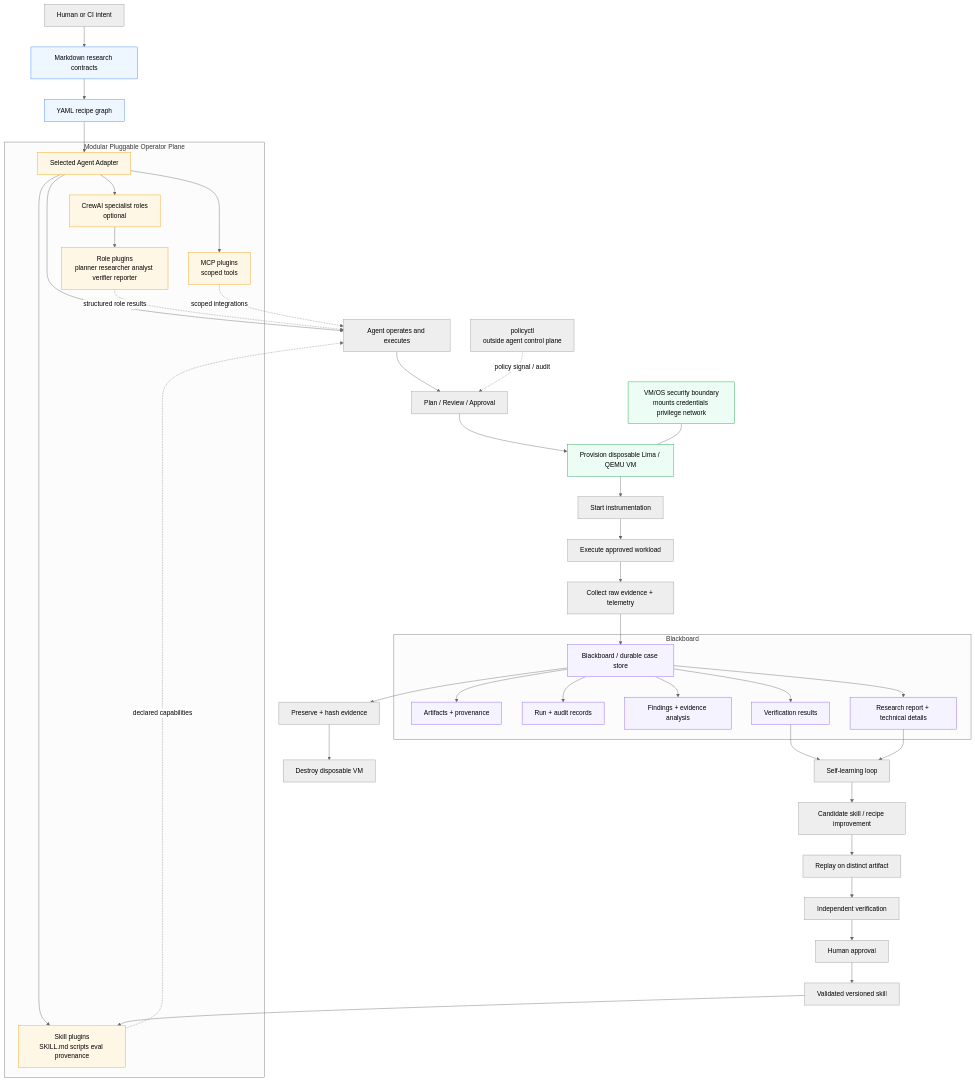
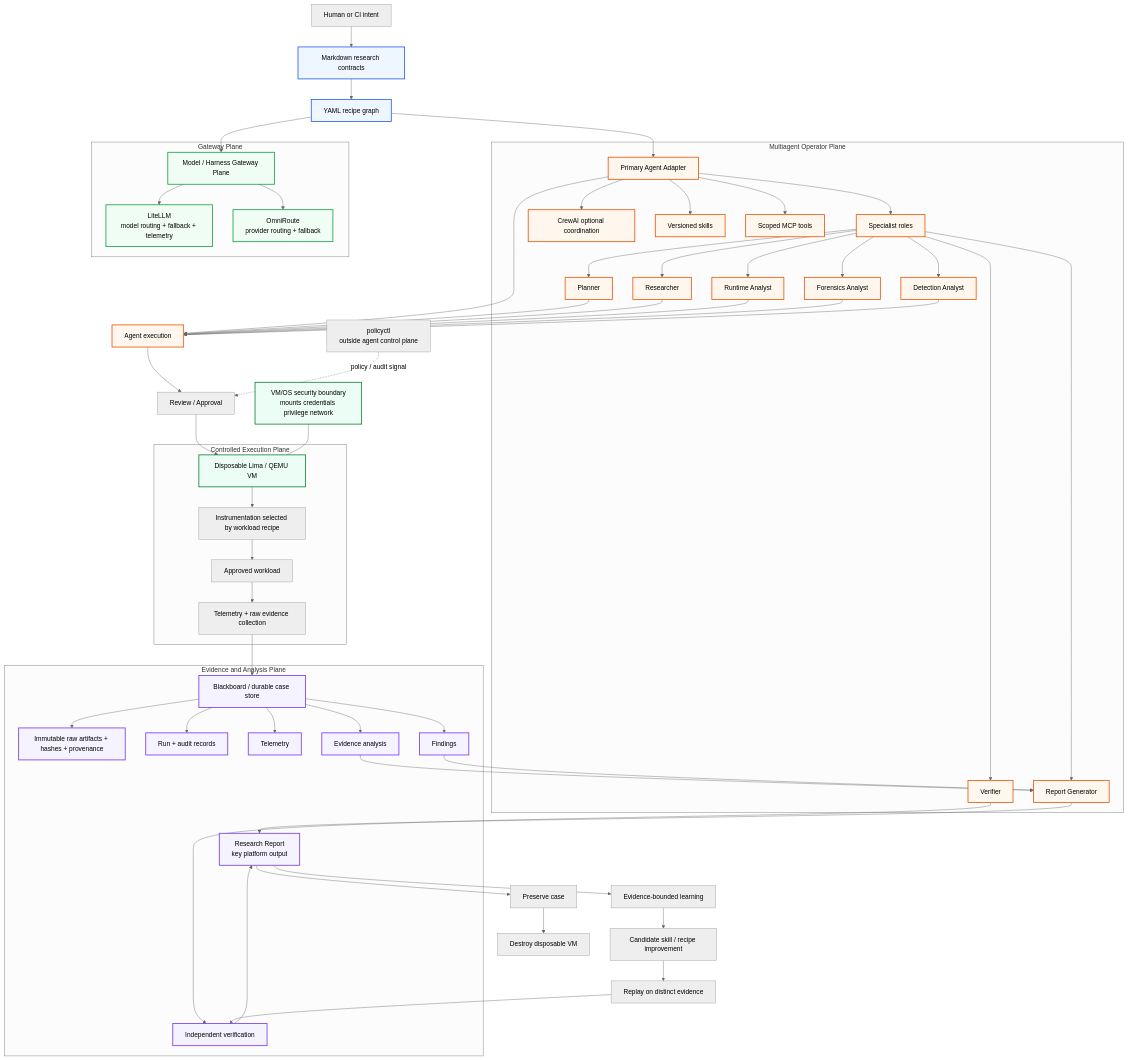
The diagram in docs/architecture/cusimanse-architecture.mmd (Opposum0112/Cusimanse), drawn with Mermaid (neutral theme) before and after one commit.

Commit message:
docs: refine multiagent architecture and gateway planes

```diff
--- a/docs/architecture/cusimanse-architecture.mmd
+++ b/docs/architecture/cusimanse-architecture.mmd
@@ -1,57 +1,76 @@
 flowchart TD
     H[Human or CI intent] --> C[Markdown research contracts]
     C --> R[YAML recipe graph]
-    R --> A[Selected Agent Adapter]
+    R --> A[Primary Agent Adapter]
 
-    subgraph OP[Modular Pluggable Operator Plane]
-      A --> CR[CrewAI specialist roles<br/>optional]
-      CR --> RP[Role plugins<br/>planner researcher analyst verifier reporter]
-      A --> SP[Skill plugins<br/>SKILL.md scripts eval provenance]
-      A --> MP[MCP plugins<br/>scoped tools]
+    subgraph O[Multiagent Operator Plane]
+      A --> OR[Specialist roles]
+      OR --> PL[Planner]
+      OR --> RS[Researcher]
+      OR --> RA[Runtime Analyst]
+      OR --> FA[Forensics Analyst]
+      OR --> DA[Detection Analyst]
+      OR --> VE[Verifier]
+      OR --> RG[Report Generator]
+      A --> CR[CrewAI optional coordination]
+      A --> SK[Versioned skills]
+      A --> MCP[Scoped MCP tools]
     end
 
-    A --> X[Agent operates and executes]
-    RP -. structured role results .-> X
-    SP -. declared capabilities .-> X
-    MP -. scoped integrations .-> X
-
-    X --> P[Plan / Review / Approval]
-    P --> V[Provision disposable Lima / QEMU VM]
-    V --> I[Start instrumentation]
-    I --> W[Execute approved workload]
-    W --> E[Collect raw evidence + telemetry]
-    E --> B[Blackboard / durable case store]
-
-    subgraph BB[Blackboard]
-      B --> AR[Artifacts + provenance]
-      B --> AU[Run + audit records]
-      B --> FN[Findings + evidence analysis]
-      B --> VR[Verification results]
-      B --> RR[Research report + technical details]
+    R --> GW[Model / Harness Gateway Plane]
+    subgraph G[Gateway Plane]
+      GW --> LT[LiteLLM<br/>model routing + fallback + telemetry]
+      GW --> OM[OmniRoute<br/>provider routing + fallback]
     end
 
-    VR --> L[Self-learning loop]
-    RR --> L
-    L --> SC[Candidate skill / recipe improvement]
-    SC --> RE[Replay on distinct artifact]
-    RE --> IV[Independent verification]
-    IV --> HA[Human approval]
-    HA --> VS[Validated versioned skill]
-    VS --> SP
+    A --> X[Agent execution]
+    PL --> X
+    RS --> X
+    RA --> X
+    FA --> X
+    DA --> X
+    X --> RV[Review / Approval]
+    RV --> VM[Disposable Lima / QEMU VM]
 
-    B --> PR[Preserve + hash evidence]
-    PR --> D[Destroy disposable VM]
+    subgraph EX[Controlled Execution Plane]
+      VM --> IN[Instrumentation selected by workload recipe]
+      IN --> WK[Approved workload]
+      WK --> COL[Telemetry + raw evidence collection]
+    end
 
-    PC[policyctl<br/>outside agent control plane] -. policy signal / audit .-> P
-    SEC[VM/OS security boundary<br/>mounts credentials privilege network] --- V
+    COL --> BB[Blackboard / durable case store]
+    subgraph B[Evidence and Analysis Plane]
+      BB --> ART[Immutable raw artifacts + hashes + provenance]
+      BB --> AUD[Run + audit records]
+      BB --> TEL[Telemetry]
+      BB --> AN[Evidence analysis]
+      BB --> FIND[Findings]
+      AN --> RG
+      FIND --> RG
+      VE --> IV[Independent verification]
+      RG --> RR[Research Report<br/>key platform output]
+      IV --> RR
+    end
 
-    classDef declarative fill:#eef6ff,stroke:#3b82f6
-    classDef pluggable fill:#fff7e6,stroke:#f59e0b
-    classDef data fill:#f5f3ff,stroke:#8b5cf6
-    classDef security fill:#ecfdf5,stroke:#16a34a
+    RR --> PR[Preserve case]
+    PR --> DEST[Destroy disposable VM]
+    RR --> LEARN[Evidence-bounded learning]
+    LEARN --> CAND[Candidate skill / recipe improvement]
+    CAND --> REPLAY[Replay on distinct evidence]
+    REPLAY --> IV
+
+    PC[policyctl<br/>outside agent control plane] -. policy / audit signal .-> RV
+    SEC[VM/OS security boundary<br/>mounts credentials privilege network] --- VM
+
+    classDef declarative fill:#eef6ff,stroke:#2563eb,stroke-width:2px
+    classDef agent fill:#fff7ed,stroke:#ea580c,stroke-width:2px
+    classDef gateway fill:#f0fdf4,stroke:#16a34a,stroke-width:2px
+    classDef evidence fill:#f5f3ff,stroke:#7c3aed,stroke-width:2px
+    classDef security fill:#ecfdf5,stroke:#15803d,stroke-width:2px
     class C,R declarative
-    class A,CR,RP,SP,MP pluggable
-    class B,AR,AU,FN,VR,RR data
-    class V,SEC security
+    class A,OR,PL,RS,RA,FA,DA,VE,RG,CR,SK,MCP,X agent
+    class GW,LT,OM gateway
+    class BB,ART,AUD,TEL,AN,FIND,RR,IV evidence
+    class VM,SEC security
 
-    %% Invariant: no agent, role, skill, MCP server or orchestrator is the sandbox.
+    %% Invariant: the project is multiagentic, but no model, agent, role, skill, MCP server, gateway or orchestrator is the sandbox.
```
